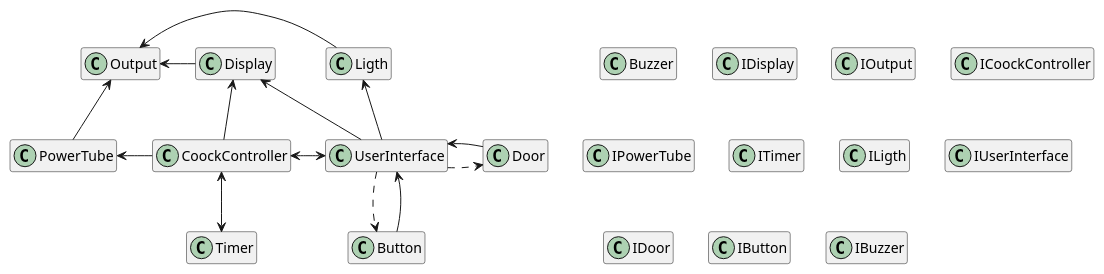
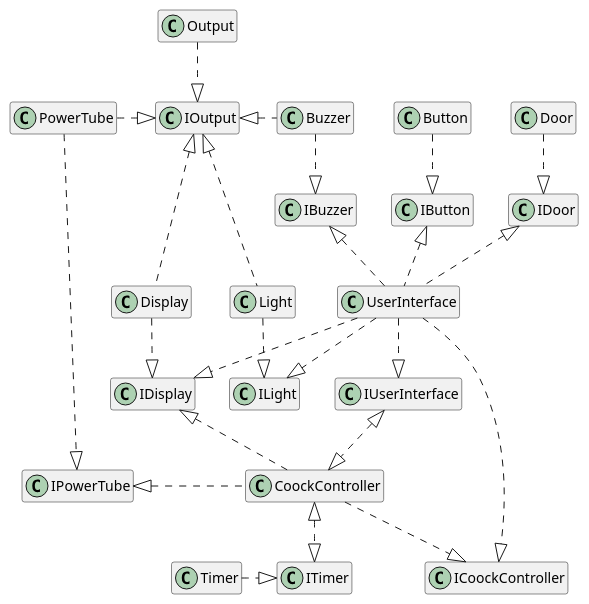
One commit to MartinStokholm/SWTExercise3 changed the diagram in MircowaveCd.puml. Above: the diagram before and after it, drawn with PlantUML.

Commit message:
Cd diagram done

```diff
--- a/MircowaveCd.puml
+++ b/MircowaveCd.puml
@@ -1,45 +1,58 @@
 @startuml
 
 hide members
 
 class Display
 class Output
 class CoockController
 class PowerTube
 class Timer
-class Ligth
+class Light
 class UserInterface
 class Door
-class Button 
+class Button
 class Buzzer
 
 class IDisplay
 class IOutput
 class ICoockController
 class IPowerTube
 class ITimer
-class ILigth
+class ILight
 class IUserInterface
 class IDoor
-class IButton 
+class IButton
 class IBuzzer
+class IUserInterface
 
-CoockController <-d-> Timer
-CoockController -l-> PowerTube
-CoockController -u-> Display
-CoockController <-r-> UserInterface
-  UserInterface -l-> Display
-  UserInterface -u-> Ligth
+CoockController <|.d.|> ITimer
+CoockController .l.|> IPowerTube
+CoockController .u.|> IDisplay
+CoockController <|.u.|> IUserInterface
 
- 
- UserInterface .d.> Button
- UserInterface .d.> Door
- Door -r-> UserInterface
- Button -d-> UserInterface 
+Buzzer .l.|> IOutput
+Display .l.|> IOutput
+Light .l.|> IOutput
+PowerTube .r.|> IOutput
 
-Output <-r- Ligth
-Output <-r- Display
-Output <-d- PowerTube 
+
+UserInterface .u.|> IButton
+UserInterface .u.|> IDoor
+UserInterface .d.|> ILight
+UserInterface .u.|> IBuzzer
+UserInterface .d.|> IDisplay
+UserInterface .d.|> ICoockController
+
+CoockController .d.|> ICoockController
+UserInterface .d.|> IUserInterface
+Display .d.|> IDisplay
+PowerTube .d.|> IPowerTube
+Timer .r.|> ITimer
+Light .d.|> ILight
+Door .d.|> IDoor
+Button .d.|> IButton
+Buzzer .d.|> IBuzzer
+Output .d.|> IOutput
 
 
 @enduml
```
